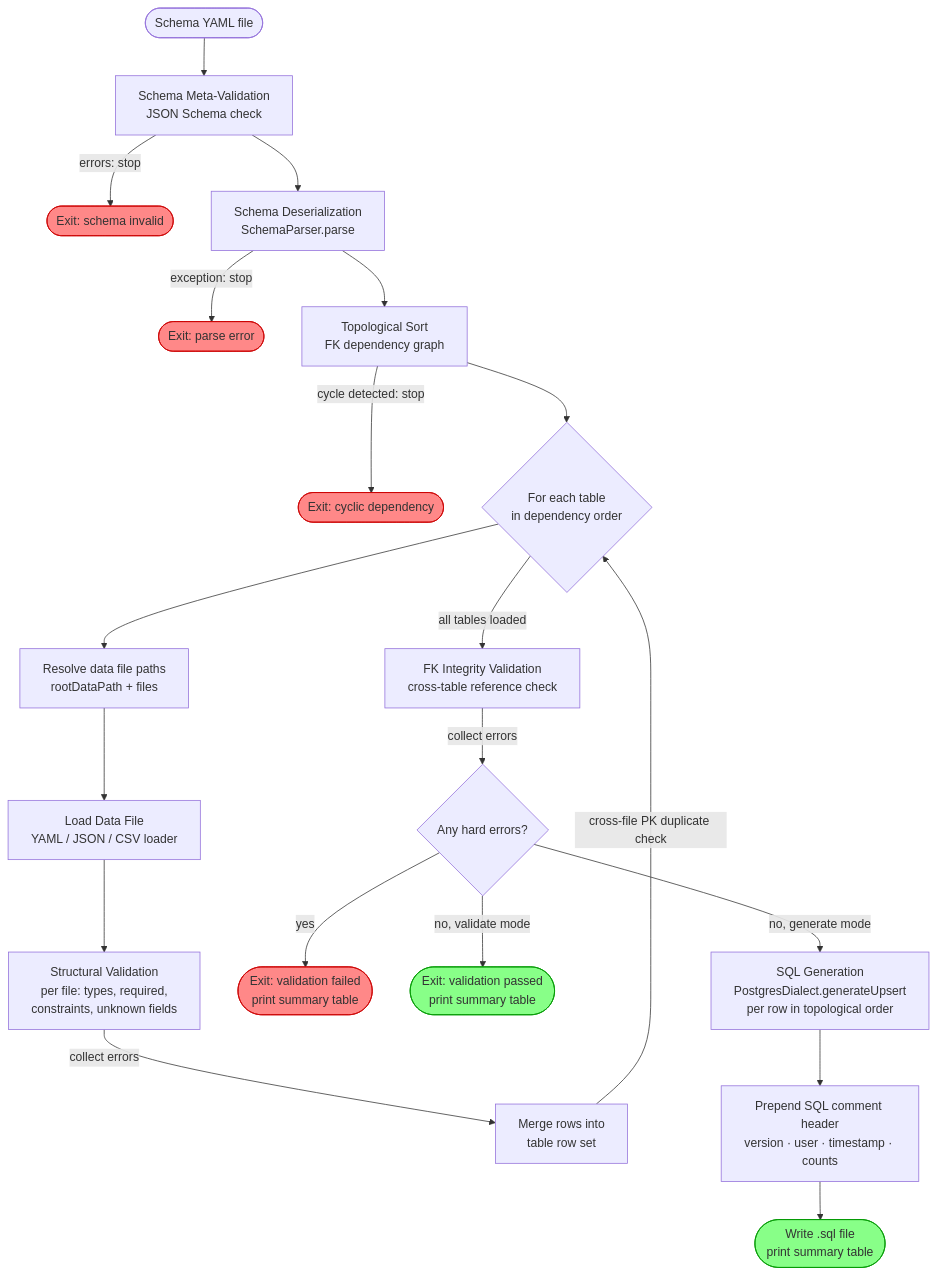
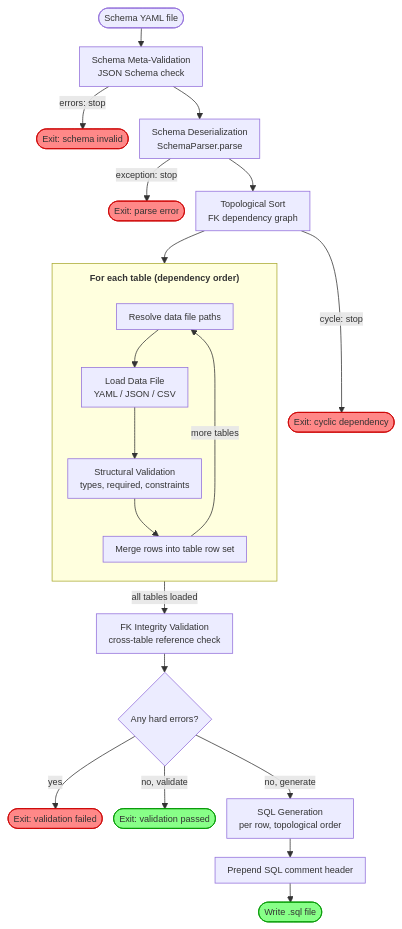
One commit to dutchmo/Knoppen changed the diagram in doc/Tutorial.md. Above: the diagram before and after it, drawn with Mermaid. The commit also changed other lines of this file and 17 other files, not shown here.

````diff
--- a/doc/Tutorial.md
+++ b/doc/Tutorial.md
@@ -79,31 +79,47 @@
 ```mermaid  
+
+%%{init: {
+  'flowchart': {
+    'padding': 8,
+    'nodeSpacing': 15,
+    'rankSpacing': 25,
+    'wrappingWidth': 180,
+    'subGraphTitleMargin': { 'top': 10, 'bottom': 18 }
+  },
+  'themeVariables': { 'fontSize': '12px' }
+}}%%
 flowchart TD
-    A([Schema YAML file]) --> B["Schema Meta-Validation<br>JSON Schema check"]
-    B --> |errors: stop| Z1([Exit: schema invalid])
-    B --> C["Schema Deserialization<br>SchemaParser.parse"]
-    C --> |exception: stop| Z2([Exit: parse error])
-    C --> D["Topological Sort<br>FK dependency graph"]
-    D --> |cycle detected: stop| Z3([Exit: cyclic dependency])
-    D --> E{"For each table<br>in dependency order"}
-    E --> F["Resolve data file paths<br>rootDataPath + files"]
-    F --> G["Load Data File<br>YAML / JSON / CSV loader"]
-    G --> H["Structural Validation<br>per file: types, required,<br>constraints, unknown fields"]
-    H --> |collect errors| I["Merge rows into<br>table row set"]
-    I --> |cross-file PK duplicate check| E
-    E --> |all tables loaded| J["FK Integrity Validation<br>cross-table reference check"]
-    J --> |collect errors| K{"Any hard errors?"}
-    K --> |yes| L(["Exit: validation failed<br>print summary table"])
-    K --> |no, validate mode| M(["Exit: validation passed<br>print summary table"])
-    K --> |no, generate mode| N["SQL Generation<br>PostgresDialect.generateUpsert<br>per row in topological order"]
-    N --> O["Prepend SQL comment header<br>version · user · timestamp · counts"]
-    O --> P(["Write .sql file<br>print summary table"])
-    style Z1 fill:#f88,stroke:#c00
-    style Z2 fill:#f88,stroke:#c00
-    style Z3 fill:#f88,stroke:#c00
-    style L fill:#f88,stroke:#c00
-    style M fill:#8f8,stroke:#090
-    style P fill:#8f8,stroke:#090
+   A([Schema YAML file])
+   A --> B["Schema Meta-Validation<br>JSON Schema check"]
+   B -- errors: stop --> Z1([Exit: schema invalid])
+   B --> C["Schema Deserialization<br>SchemaParser.parse"]
+   C -- exception: stop --> Z2([Exit: parse error])
+   C --> D["Topological Sort<br>FK dependency graph"]
+   D -- cycle: stop --> Z3([Exit: cyclic dependency])
 
+   D --> LOOP
+   subgraph LOOP["<span style='font-size:12px; font-weight: bold'>For each table (dependency order)"]
+      direction TB
+      F["Resolve data file paths"] --> G["Load Data File<br>YAML / JSON / CSV"]
+      G --> H["Structural Validation<br>types, required, constraints"]
+      H --> I["Merge rows into table row set"]
+   end
 
+   I -- more tables --> F
+   I -- all tables loaded --> J["FK Integrity Validation<br>cross-table reference check"]
+
+   J --> K{"Any hard errors?"}
+   K -- yes --> L([Exit: validation failed])
+   K -- no, validate --> M([Exit: validation passed])
+   K -- no, generate --> N["SQL Generation<br>per row, topological order"]
+   N --> O["Prepend SQL comment header"]
+   O --> P([Write .sql file])
+
+   style Z1 fill:#f88,stroke:#c00
+   style Z2 fill:#f88,stroke:#c00
+   style Z3 fill:#f88,stroke:#c00
+   style L fill:#f88,stroke:#c00
+   style M fill:#8f8,stroke:#090
+   style P fill:#8f8,stroke:#090
     
 ```  
````
